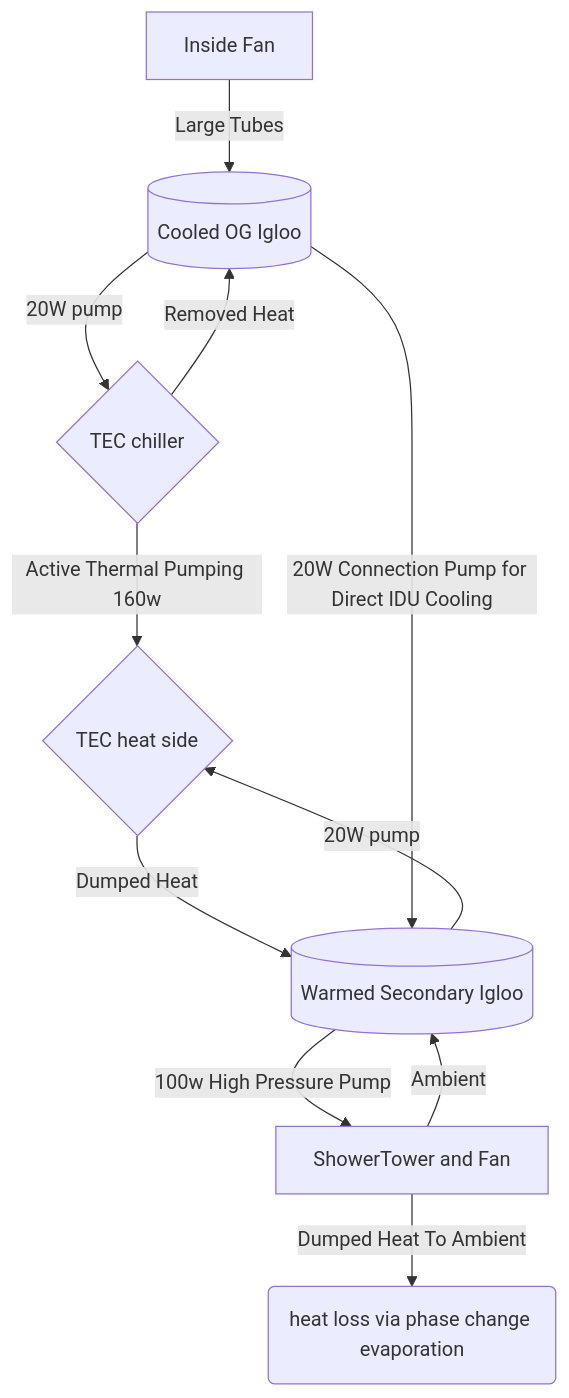
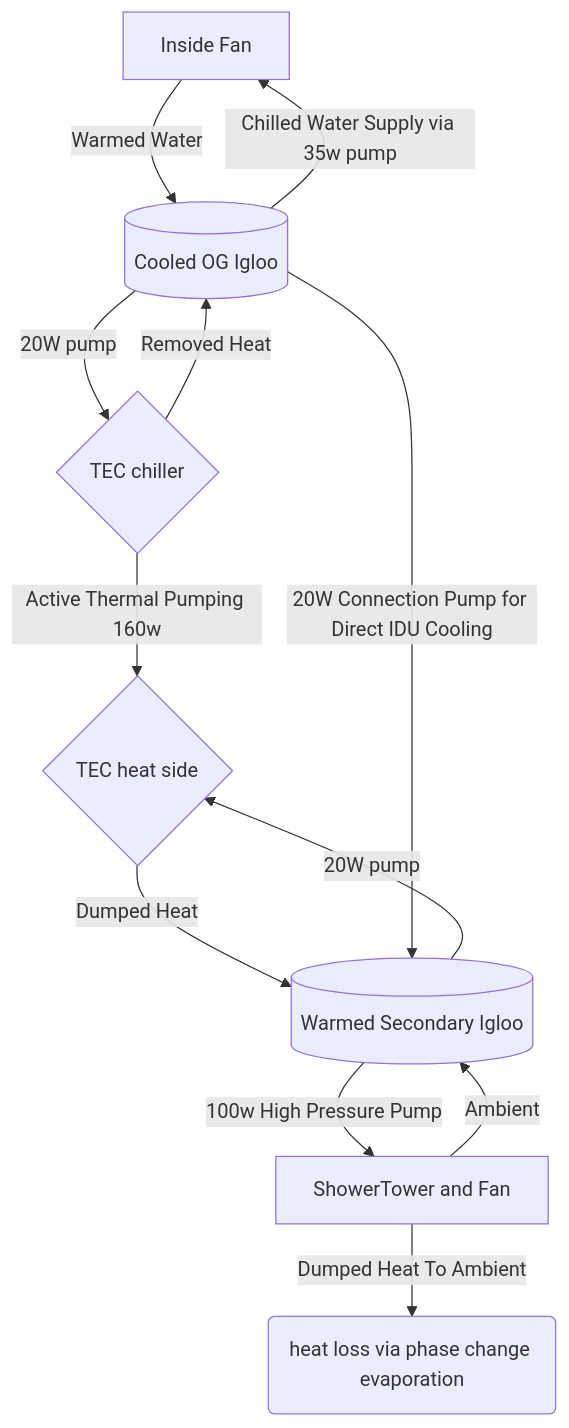
Before and after one commit to ericdmoore/casitaAzul: the diagram in src/cooling/readme.md, drawn with Mermaid.

Commit message:
diagram updates.12

````diff
--- a/src/cooling/readme.md
+++ b/src/cooling/readme.md
@@ -36,14 +36,15 @@
 ```mermaid
 flowchart TD
-   IDU[Inside Fan] -->|Large Tubes| IDUtub[(Cooled OG Igloo)]
+   IDU[Inside Fan] -->|Warmed Water| IDUtub[(Cooled OG Igloo)]
+   IDUtub -->|Chilled Water Supply via 35w pump| IDU
    IDUtub -->|20W pump| TECcold{TEC chiller}
    TECcold --> |Removed Heat| IDUtub
    TECcold --> |Active Thermal Pumping 160w| TEChot{TEC heat side}
    ODUtub[(Warmed Secondary Igloo)] -->|20W pump| TEChot
    TEChot -->|Dumped Heat| ODUtub
    ODUtub --> |100w High Pressure Pump| ShowerTower[ShowerTower and Fan]
    ShowerTower --> |Ambient| ODUtub
    ShowerTower --> |Dumped Heat To Ambient| air(heat loss via phase change evaporation)
 
    IDUtub -->|20W Connection Pump for Direct IDU Cooling| ODUtub
 ```
````
